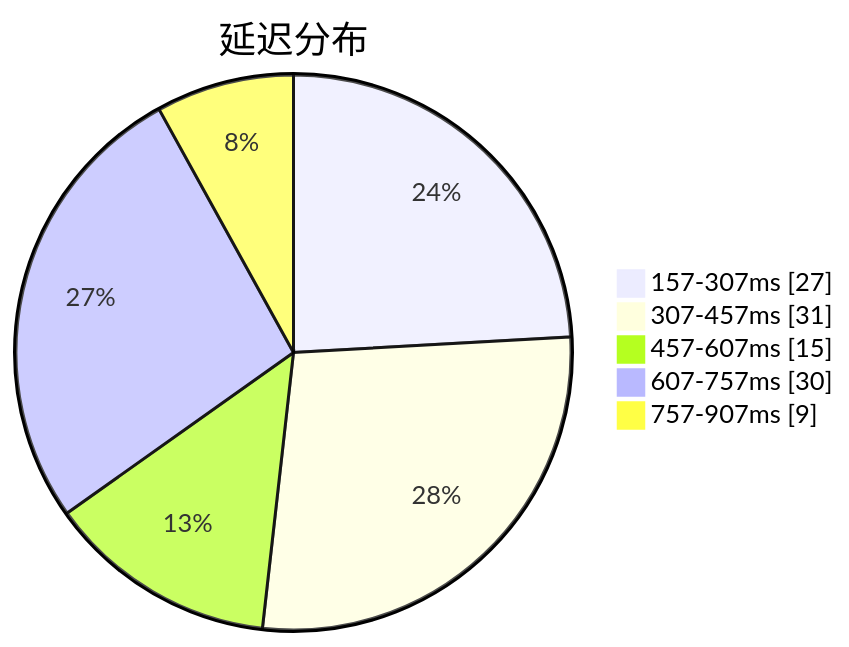
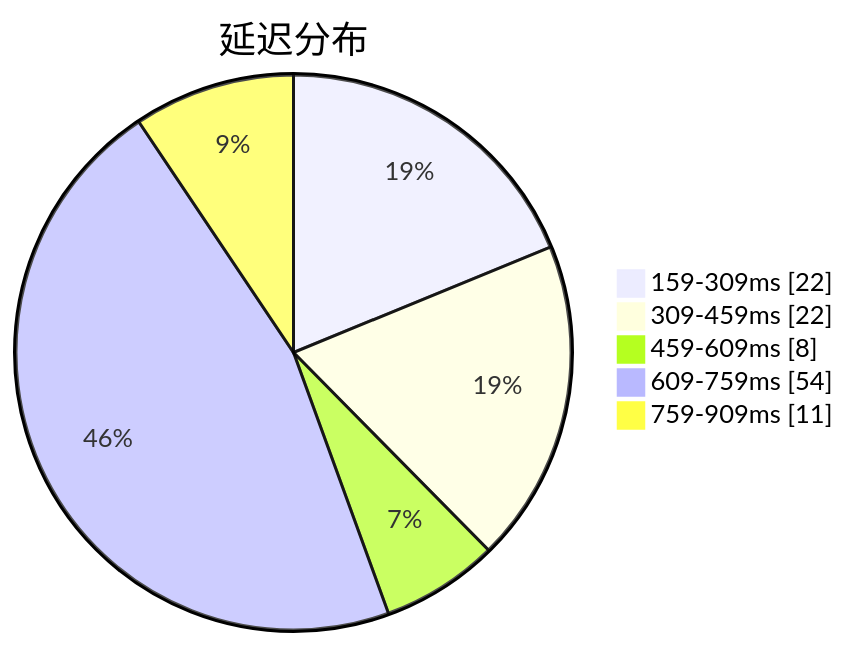
The first of 3 diagrams in subs/statistics/tested_within.md (qjlxg/airport), drawn with Mermaid before and after one commit. The commit also changed other lines of this file and 2 other files, not shown here.

````diff
--- a/subs/statistics/tested_within.md
+++ b/subs/statistics/tested_within.md
@@ -2,9 +2,9 @@
 ```mermaid
 pie showData
 title 延迟分布
-"157-307ms" : 27
-"307-457ms" : 31
-"457-607ms" : 15
-"607-757ms" : 30
-"757-907ms" : 9
+"159-309ms" : 22
+"309-459ms" : 22
+"459-609ms" : 8
+"609-759ms" : 54
+"759-909ms" : 11
 ```
````
